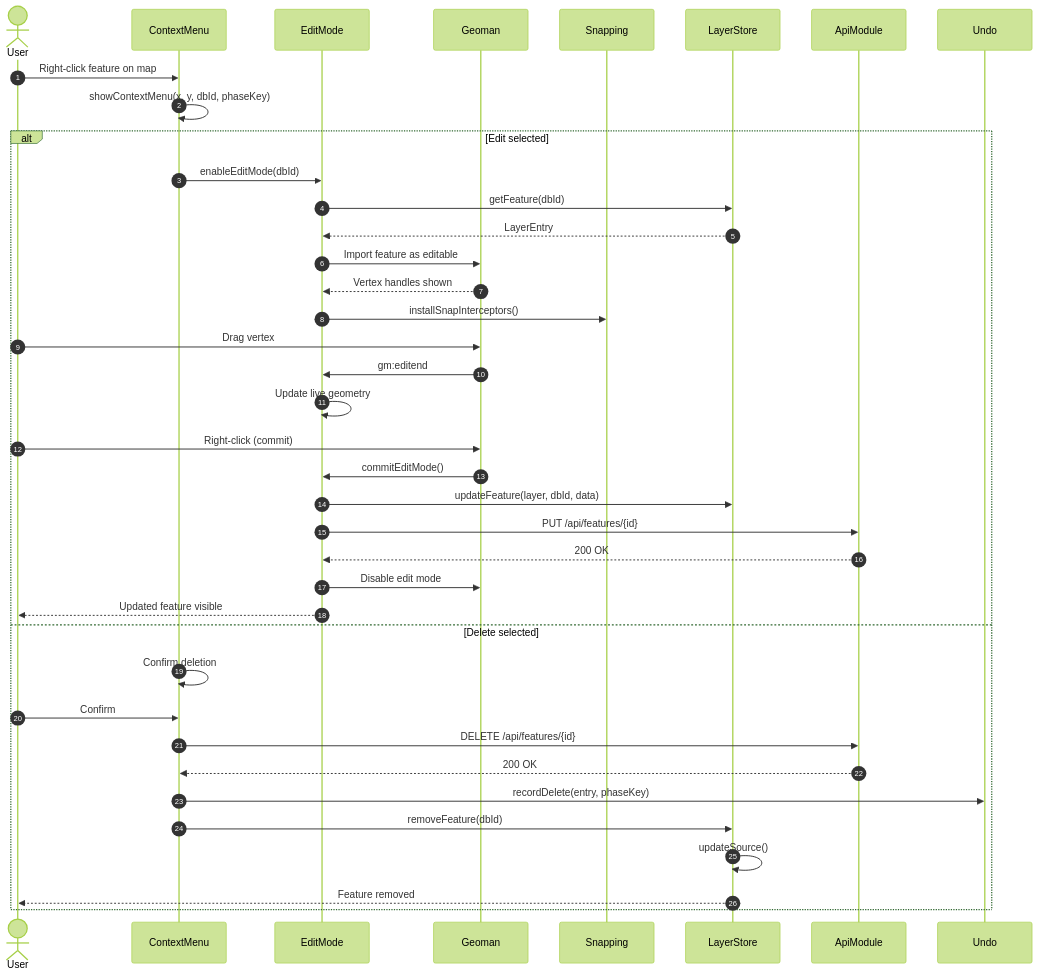
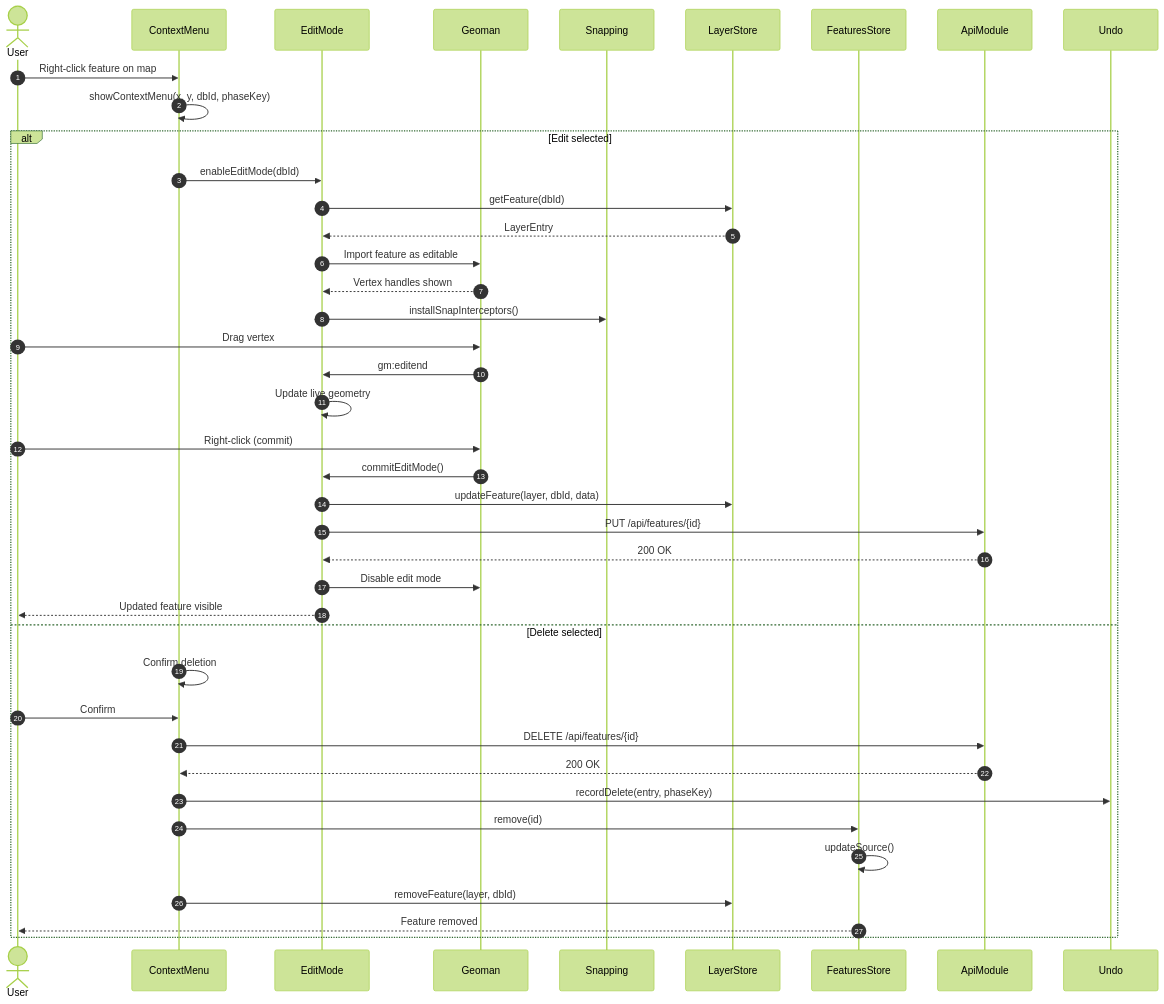
The third of 6 diagrams in docs/uml/nars-vite-sequence-diagram.md (Zuhir-Benslama/NARS), drawn with Mermaid (forest theme) before and after one commit. The commit also changed other lines of this file and 43 other files, not shown here.

````diff
--- a/docs/uml/nars-vite-sequence-diagram.md
+++ b/docs/uml/nars-vite-sequence-diagram.md
@@ -144,47 +146,49 @@
 ```mermaid
 sequenceDiagram
     autonumber
     actor User
     participant ContextMenu
     participant EditMode
     participant Geoman
     participant Snapping
     participant LayerStore
+    participant FeaturesStore
     participant ApiModule
     participant Undo
 
     User->>ContextMenu: Right-click feature on map
     ContextMenu->>ContextMenu: showContextMenu(x, y, dbId, phaseKey)
 
     alt Edit selected
         ContextMenu->>EditMode: enableEditMode(dbId)
         EditMode->>LayerStore: getFeature(dbId)
         LayerStore-->>EditMode: LayerEntry
 
         EditMode->>Geoman: Import feature as editable
         Geoman-->>EditMode: Vertex handles shown
         EditMode->>Snapping: installSnapInterceptors()
 
         User->>Geoman: Drag vertex
         Geoman->>EditMode: gm:editend
         EditMode->>EditMode: Update live geometry
 
         User->>Geoman: Right-click (commit)
         Geoman->>EditMode: commitEditMode()
         EditMode->>LayerStore: updateFeature(layer, dbId, data)
         EditMode->>ApiModule: PUT /api/features/{id}
         ApiModule-->>EditMode: 200 OK
         EditMode->>Geoman: Disable edit mode
         EditMode-->>User: Updated feature visible
 
     else Delete selected
         ContextMenu->>ContextMenu: Confirm deletion
         User->>ContextMenu: Confirm
         ContextMenu->>ApiModule: DELETE /api/features/{id}
         ApiModule-->>ContextMenu: 200 OK
         ContextMenu->>Undo: recordDelete(entry, phaseKey)
-        ContextMenu->>LayerStore: removeFeature(dbId)
-        LayerStore->>LayerStore: updateSource()
-        LayerStore-->>User: Feature removed
+        ContextMenu->>FeaturesStore: remove(id)
+        FeaturesStore->>FeaturesStore: updateSource()
+        ContextMenu->>LayerStore: removeFeature(layer, dbId)
+        FeaturesStore-->>User: Feature removed
     end
 ```
````
